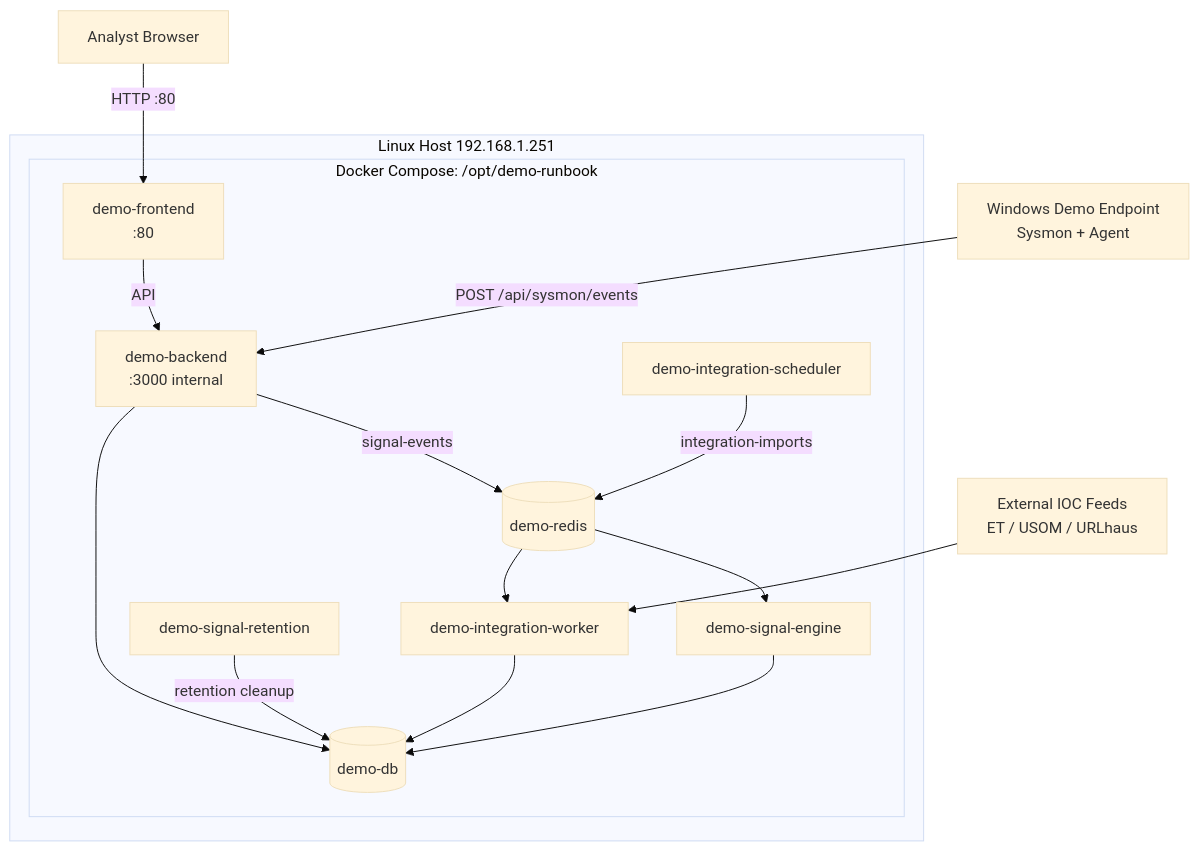
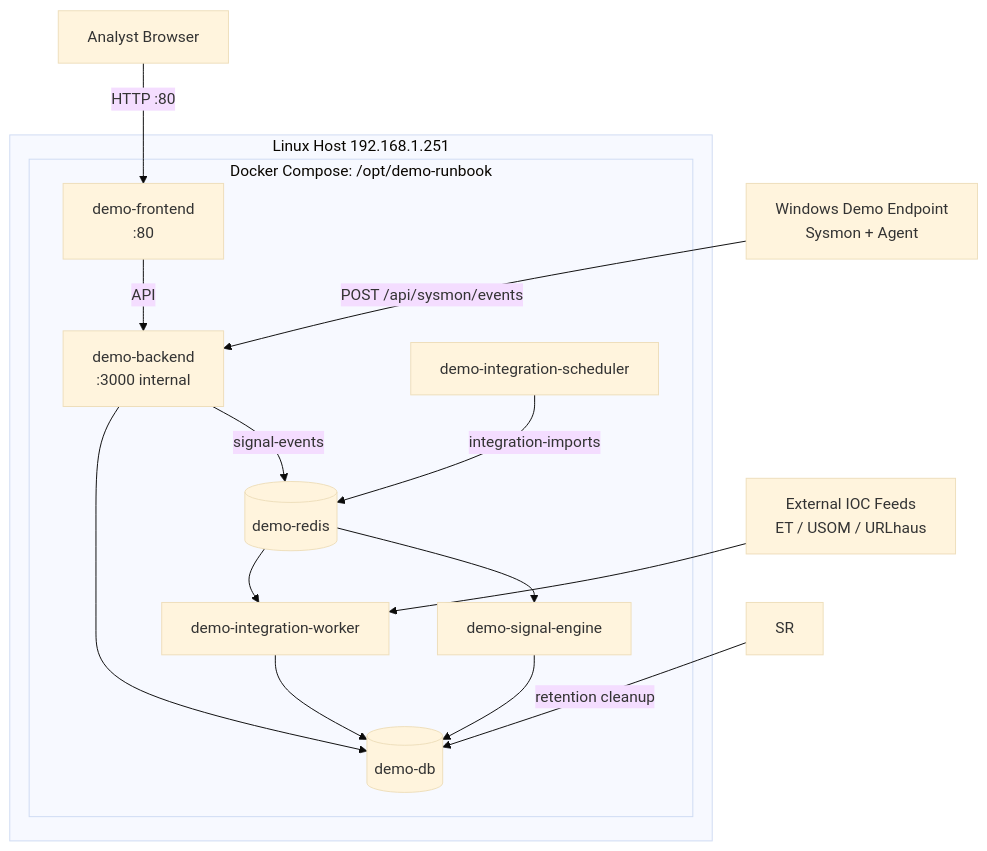
The second of 2 diagrams in docs/system-diagram.md (spatronn/TalonHound), drawn with Mermaid (base theme) before and after one commit. The commit also changed other lines of this file and 4 other files, not shown here.

Commit message:
refactor(retention): remove legacy signal-retention worker and references

````diff
--- a/docs/system-diagram.md
+++ b/docs/system-diagram.md
@@ -36,34 +35,33 @@
 ```mermaid
 flowchart TB
     WIN[Windows Demo Endpoint\nSysmon + Agent]
     IOC[External IOC Feeds\nET / USOM / URLhaus]
 
     subgraph HOST[Linux Host 192.168.1.251]
       subgraph COMPOSE[Docker Compose: /opt/demo-runbook]
         FE[demo-frontend\n:80]
         BE[demo-backend\n:3000 internal]
         R[(demo-redis)]
         DB[(demo-db)]
         SE[demo-signal-engine]
-        SR[demo-signal-retention]
         IS[demo-integration-scheduler]
         IW[demo-integration-worker]
       end
     end
 
     USER[Analyst Browser] -->|HTTP :80| FE
     FE -->|API| BE
     WIN -->|POST /api/sysmon/events| BE
 
     BE -->|signal-events| R
     R --> SE
     SE --> DB
 
     IS -->|integration-imports| R
     R --> IW
     IOC --> IW
     IW --> DB
 
     SR -->|retention cleanup| DB
     BE --> DB
 ```
````
